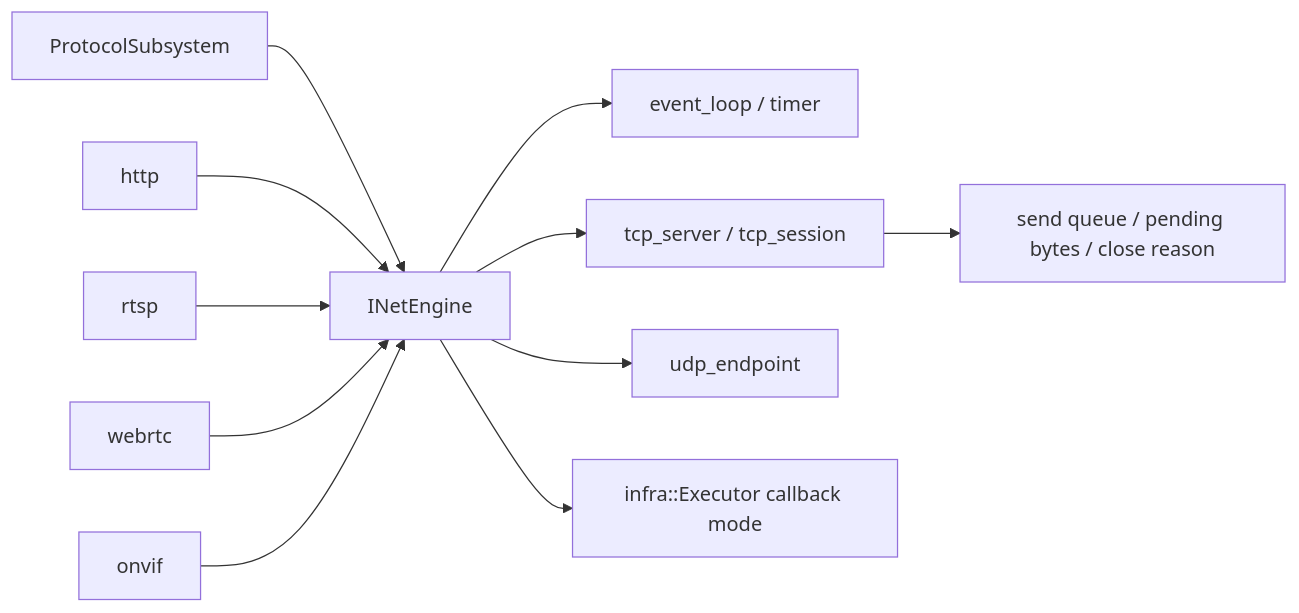
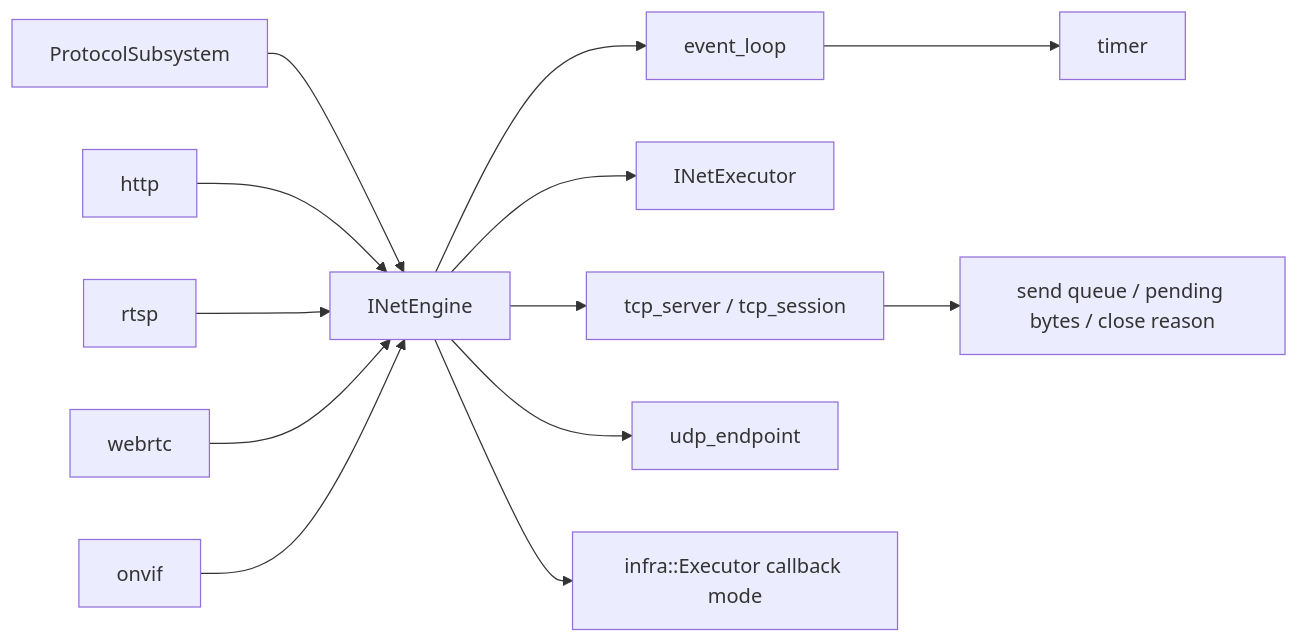
One commit to 373699756/live_stream changed the diagram in docs/libs/net.md. Above: the diagram before and after it, drawn with Mermaid. The commit also changed other lines of this file and 67 other files, not shown here.

````diff
--- a/docs/libs/net.md
+++ b/docs/libs/net.md
@@ -15,13 +15,15 @@
 ```mermaid
 flowchart LR
   Protocol[ProtocolSubsystem] --> Net[INetEngine]
-  Net --> Loop[event_loop / timer]
+  Net --> Loop[event_loop]
+  Loop --> Timer[timer]
+  Net --> NetExec[INetExecutor]
   Net --> TCP[tcp_server / tcp_session]
   Net --> UDP[udp_endpoint]
   TCP --> Queue[send queue / pending bytes / close reason]
-  Net --> Executor[infra::Executor callback mode]
+  Net --> CallbackExec[infra::Executor callback mode]
   HTTP[http] --> Net
   RTSP[rtsp] --> Net
   WebRTC[webrtc] --> Net
   ONVIF[onvif] --> Net
 ```
````
